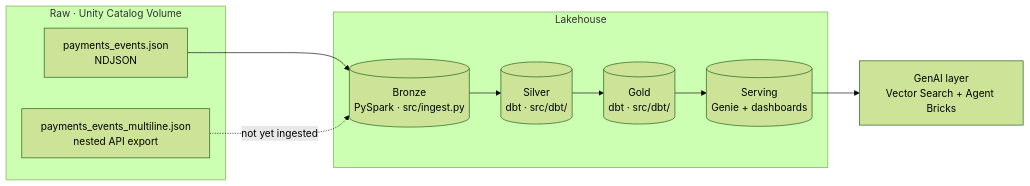
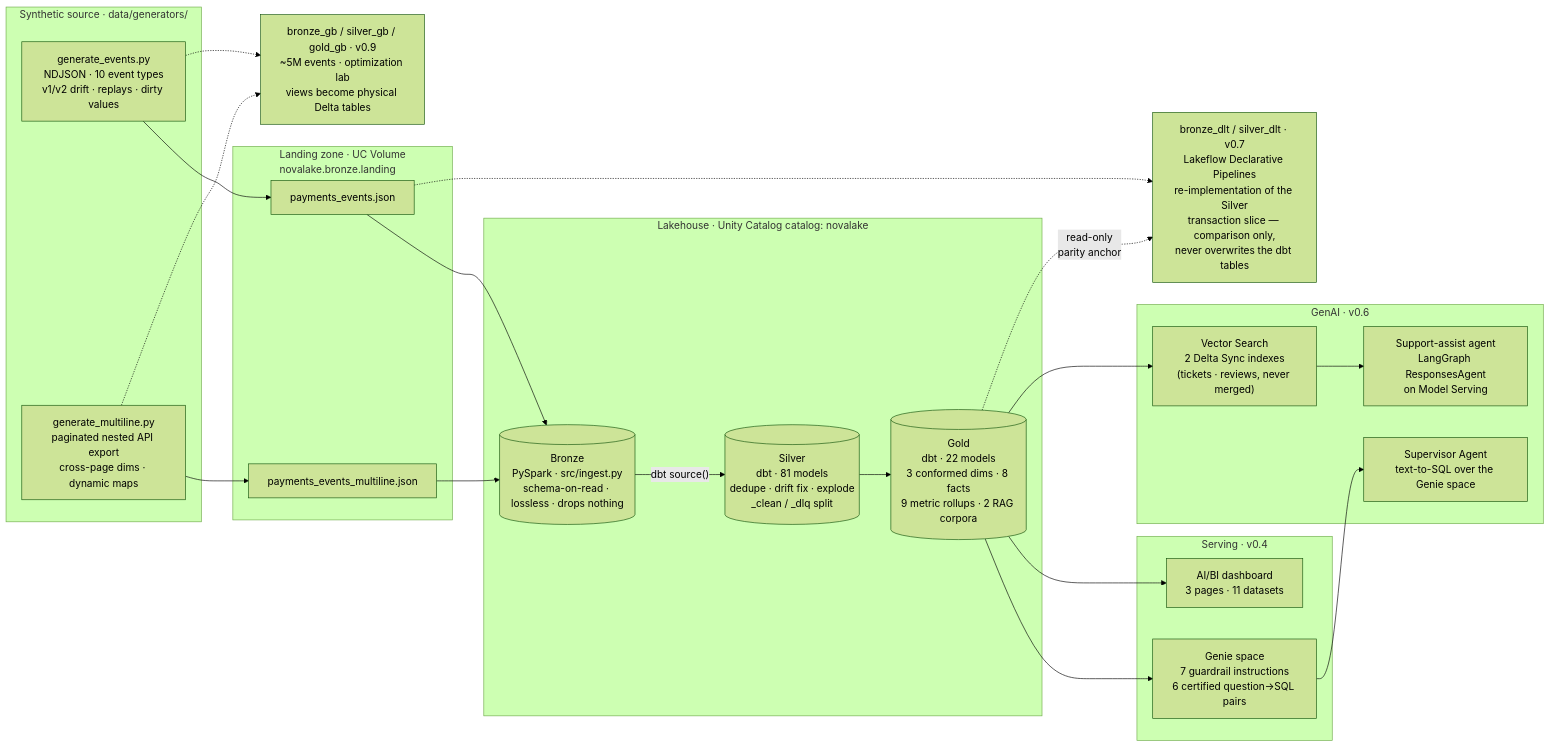
The first of 2 diagrams in README.md (ChiragVenkateshaiah/novalake), drawn with Mermaid (forest theme) before and after one commit. The commit also changed other lines of this file and 5 other files, not shown here.

````diff
--- a/README.md
+++ b/README.md
@@ -26,19 +85,46 @@
 ```mermaid
 flowchart LR
-    subgraph Raw["Raw · Unity Catalog Volume"]
-        A["payments_events.json<br/>NDJSON"]
-        B["payments_events_multiline.json<br/>nested API export"]
+    subgraph GEN["Synthetic source · data/generators/"]
+        G1["generate_events.py<br/>NDJSON · 10 event types<br/>v1/v2 drift · replays · dirty values"]
+        G2["generate_multiline.py<br/>paginated nested API export<br/>cross-page dims · dynamic maps"]
     end
-    subgraph Lakehouse
-        C[("Bronze<br/>PySpark · src/ingest.py")]
-        D[("Silver<br/>dbt · src/dbt/")]
-        E[("Gold<br/>dbt · src/dbt/")]
-        F[("Serving<br/>Genie + dashboards")]
+
+    subgraph VOL["Landing zone · UC Volume<br/>novalake.bronze.landing"]
+        R1["payments_events.json"]
+        R2["payments_events_multiline.json"]
     end
-    G["GenAI layer<br/>Vector Search + Agent Bricks"]
 
-    A --> C
-    B -.not yet ingested.-> C
-    C --> D --> E --> F
-    F --> G
+    subgraph LH["Lakehouse · Unity Catalog catalog: novalake"]
+        B[("Bronze<br/>PySpark · src/ingest.py<br/>schema-on-read · lossless · drops nothing")]
+        S[("Silver<br/>dbt · 81 models<br/>dedupe · drift fix · explode<br/>_clean / _dlq split")]
+        GD[("Gold<br/>dbt · 22 models<br/>3 conformed dims · 8 facts<br/>9 metric rollups · 2 RAG corpora")]
+    end
+
+    subgraph SRV["Serving · v0.4"]
+        GS["Genie space<br/>7 guardrail instructions<br/>6 certified question→SQL pairs"]
+        DSH["AI/BI dashboard<br/>3 pages · 11 datasets"]
+    end
+
+    subgraph AI["GenAI · v0.6"]
+        VS["Vector Search<br/>2 Delta Sync indexes<br/>(tickets · reviews, never merged)"]
+        RAG["Support-assist agent<br/>LangGraph ResponsesAgent<br/>on Model Serving"]
+        MAS["Supervisor Agent<br/>text-to-SQL over the Genie space"]
+    end
+
+    DLT["bronze_dlt / silver_dlt · v0.7<br/>Lakeflow Declarative Pipelines<br/>re-implementation of the Silver<br/>transaction slice — comparison only,<br/>never overwrites the dbt tables"]
+    GB["bronze_gb / silver_gb / gold_gb · v0.9<br/>~5M events · optimization lab<br/>views become physical Delta tables"]
+
+    G1 --> R1
+    G2 --> R2
+    R1 --> B
+    R2 --> B
+    B -->|"dbt source()"| S --> GD
+    GD --> GS
+    GD --> DSH
+    GD --> VS --> RAG
+    GS --> MAS
+    R1 -.-> DLT
+    GD -.->|"read-only<br/>parity anchor"| DLT
+    G1 -.-> GB
+    G2 -.-> GB
 ```
````
